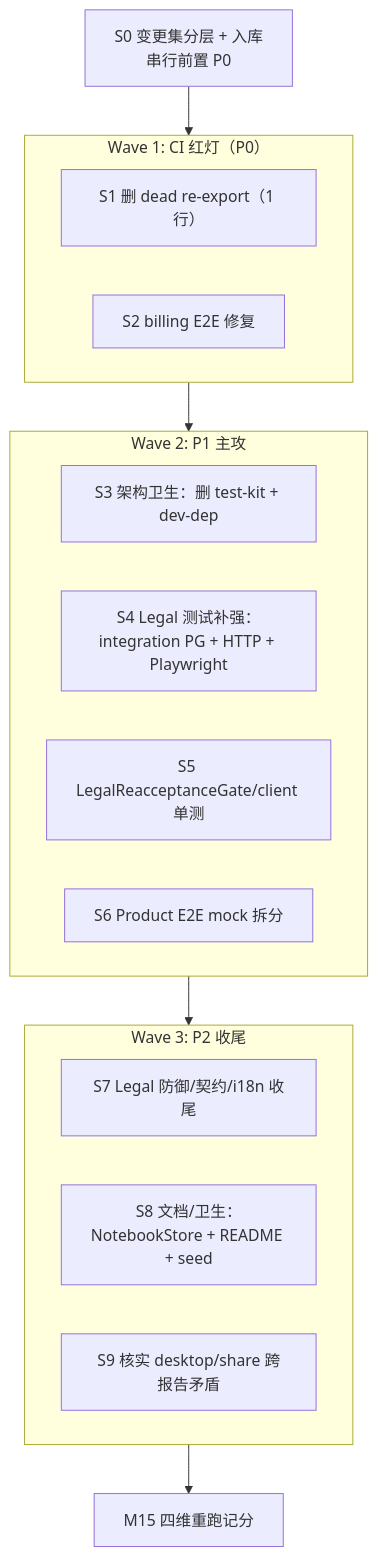
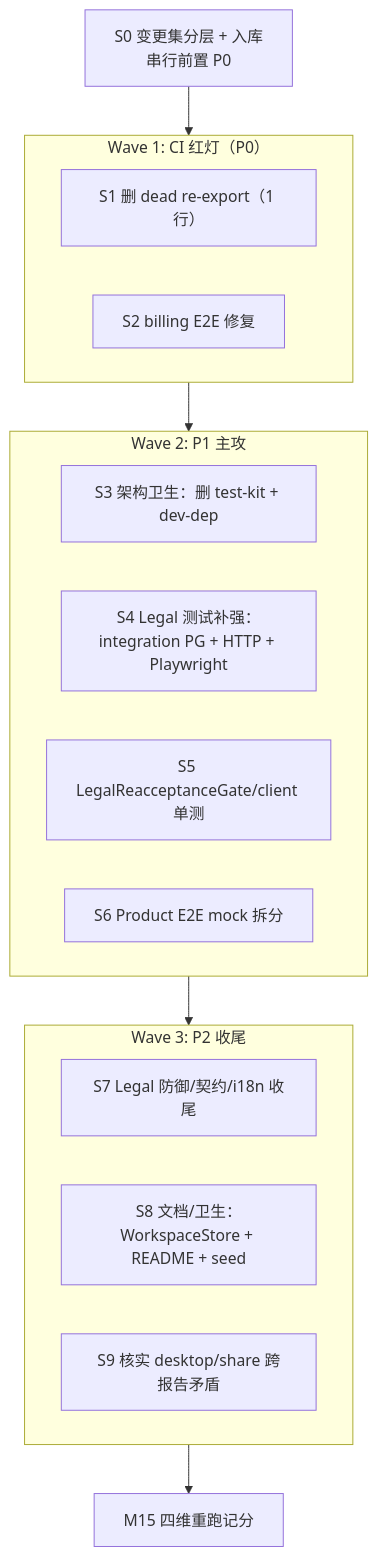
Before and after one commit to xingchuan0105/context-osv6: the diagram in avrag-rs/docs/brooks-merged-fix-plan-2026-06-13-v7.md, drawn with Mermaid. The commit also changed other lines of this file and 233 other files, not shown here.

First line of the commit message:
refactor: Notebook→Workspace residual rename + CI file-size gate (R2/R3)

````diff
--- a/avrag-rs/docs/brooks-merged-fix-plan-2026-06-13-v7.md
+++ b/avrag-rs/docs/brooks-merged-fix-plan-2026-06-13-v7.md
@@ -153,21 +153,21 @@
 ```mermaid
 flowchart TD
   S0["S0 变更集分层 + 入库<br/>串行前置 P0"]
   subgraph W1["Wave 1: CI 红灯（P0）"]
     S1["S1 删 dead re-export（1 行）"]
     S2["S2 billing E2E 修复"]
   end
   subgraph W2["Wave 2: P1 主攻"]
     S3["S3 架构卫生：删 test-kit + dev-dep"]
     S4["S4 Legal 测试补强：integration PG + HTTP + Playwright"]
     S5["S5 LegalReacceptanceGate/client 单测"]
     S6["S6 Product E2E mock 拆分"]
   end
   subgraph W3["Wave 3: P2 收尾"]
     S7["S7 Legal 防御/契约/i18n 收尾"]
-    S8["S8 文档/卫生：NotebookStore + README + seed"]
+    S8["S8 文档/卫生：WorkspaceStore + README + seed"]
     S9["S9 核实 desktop/share 跨报告矛盾"]
   end
   M15["M15 四维重跑记分"]
   S0 --> W1 --> W2 --> W3 --> M15
 ```
````
